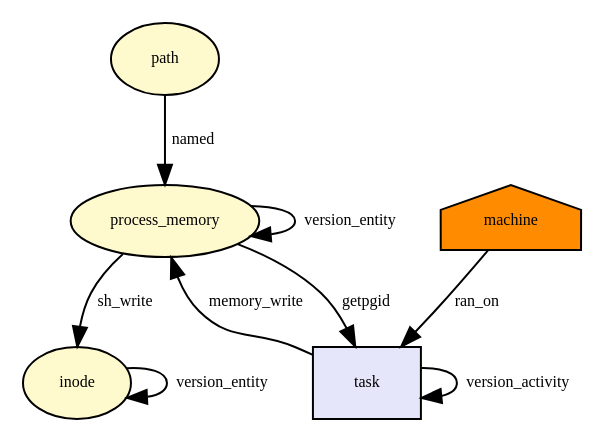
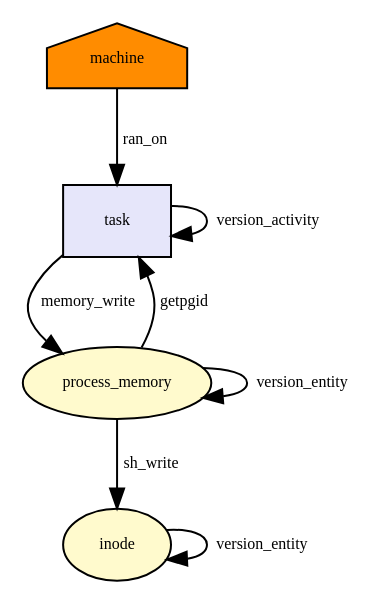
The diagram in docs/dot/__x64_sys_getpgid.dot (CamFlow/camflow-dev), drawn with Graphviz before and after one commit. The commit also changed 276 other files, not shown here.

```diff
--- a/docs/dot/__x64_sys_getpgid.dot
+++ b/docs/dot/__x64_sys_getpgid.dot
@@ -1,27 +1,23 @@
-digraph RGL__DirectedAdjacencyGraph {path[fontsize = 8,label = path,shape = ellipse, fillcolor="#fffacd", style = filled]
-
-process_memory[fontsize = 8,label = process_memory,shape = ellipse, fillcolor="#fffacd", style = filled]
-
-path -> process_memory[fontsize = 8,label = named]
-
-machine[fontsize = 8,label = machine,shape = house, fillcolor="#ff8c00", style = filled]
+digraph RGL__DirectedAdjacencyGraph {machine[fontsize = 8,label = machine,shape = house, fillcolor="#ff8c00", style = filled]
 
 task[fontsize = 8,label = task,shape = rectangle, fillcolor="#e6e6fa", style = filled]
 
 machine -> task[fontsize = 8,label = ran_on]
+
+process_memory[fontsize = 8,label = process_memory,shape = ellipse, fillcolor="#fffacd", style = filled]
 
 process_memory -> task[fontsize = 8,label = getpgid]
 
 task -> process_memory[fontsize = 8,label = memory_write]
 
 task -> task[fontsize = 8,label = version_activity]
 
 process_memory -> process_memory[fontsize = 8,label = version_entity]
 
 inode[fontsize = 8,label = inode,shape = ellipse, fillcolor="#fffacd", style = filled]
 
 process_memory -> inode[fontsize = 8,label = sh_write]
 
 inode -> inode[fontsize = 8,label = version_entity]
 
 }
```
